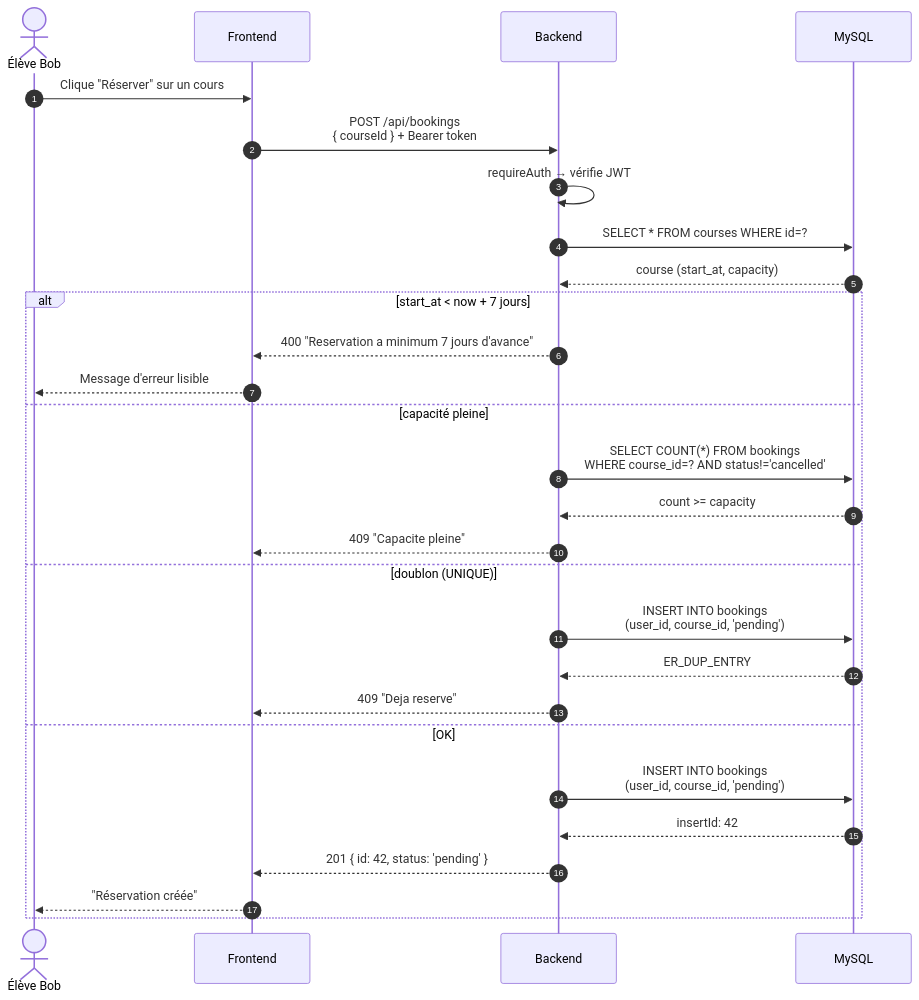
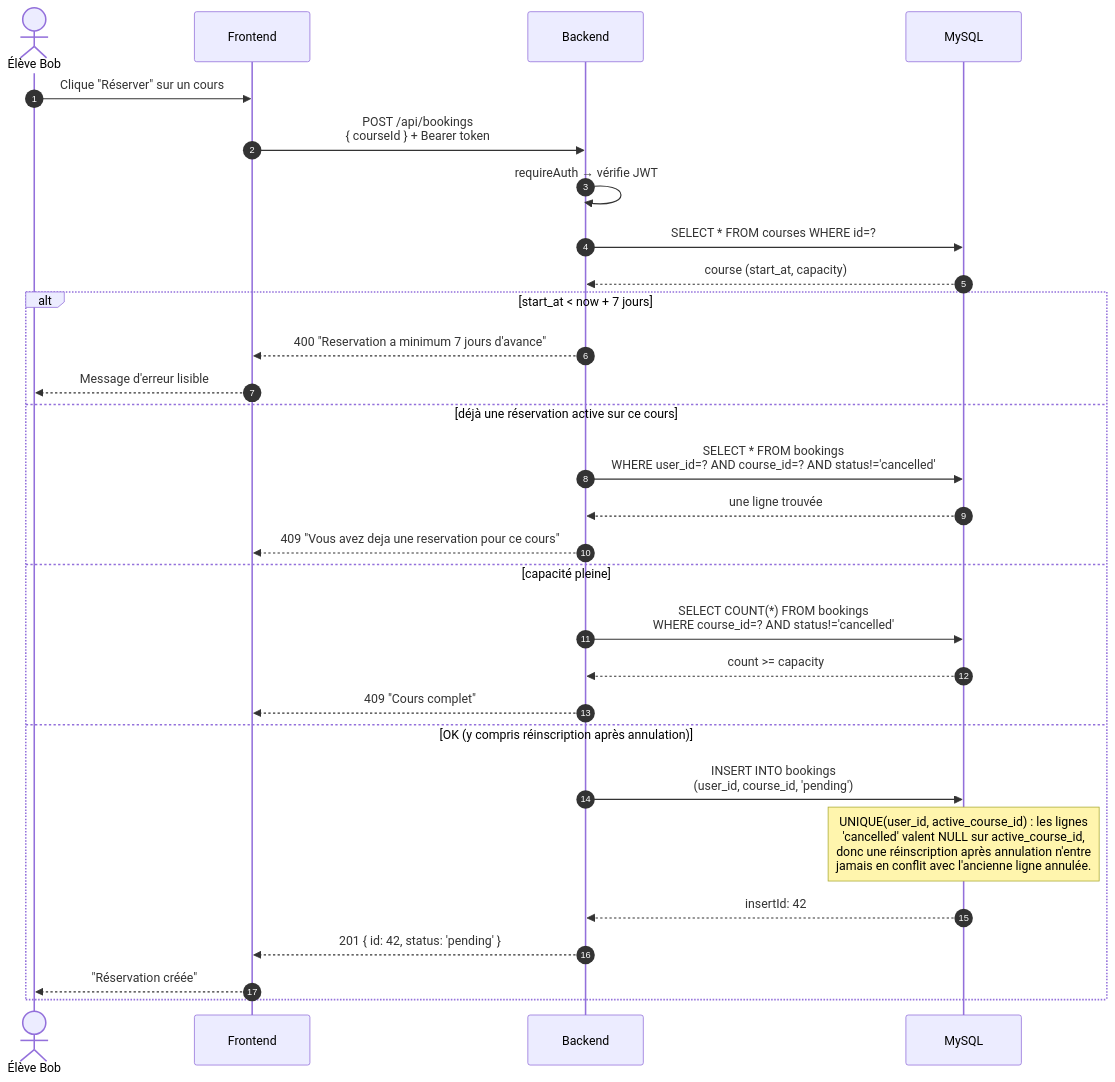
The fourth of 12 diagrams in SCHEMAS.md (daddacameliayasmine-oss/JasmineTeacher-backend), drawn with Mermaid before and after one commit. The commit also changed other lines of this file, not shown here.

First line of the commit message:
docs(schemas): corrige les diagrammes de sequence reservation et paiement

````diff
--- a/SCHEMAS.md
+++ b/SCHEMAS.md
@@ -234,32 +234,33 @@
 ```mermaid
 sequenceDiagram
     autonumber
     actor E as Élève Bob
     participant F as Frontend
     participant B as Backend
     participant DB as MySQL
 
     E->>F: Clique "Réserver" sur un cours
     F->>B: POST /api/bookings<br/>{ courseId } + Bearer token
     B->>B: requireAuth → vérifie JWT
     B->>DB: SELECT * FROM courses WHERE id=?
     DB-->>B: course (start_at, capacity)
 
     alt start_at < now + 7 jours
         B-->>F: 400 "Reservation a minimum 7 jours d'avance"
         F-->>E: Message d'erreur lisible
+    else déjà une réservation active sur ce cours
+        B->>DB: SELECT * FROM bookings<br/>WHERE user_id=? AND course_id=? AND status!='cancelled'
+        DB-->>B: une ligne trouvée
+        B-->>F: 409 "Vous avez deja une reservation pour ce cours"
     else capacité pleine
         B->>DB: SELECT COUNT(*) FROM bookings<br/>WHERE course_id=? AND status!='cancelled'
         DB-->>B: count >= capacity
-        B-->>F: 409 "Capacite pleine"
-    else doublon (UNIQUE)
+        B-->>F: 409 "Cours complet"
+    else OK (y compris réinscription après annulation)
         B->>DB: INSERT INTO bookings<br/>(user_id, course_id, 'pending')
-        DB-->>B: ER_DUP_ENTRY
-        B-->>F: 409 "Deja reserve"
-    else OK
-        B->>DB: INSERT INTO bookings<br/>(user_id, course_id, 'pending')
+        Note over DB: UNIQUE(user_id, active_course_id) : les lignes<br/>'cancelled' valent NULL sur active_course_id,<br/>donc une réinscription après annulation n'entre<br/>jamais en conflit avec l'ancienne ligne annulée.
         DB-->>B: insertId: 42
         B-->>F: 201 { id: 42, status: 'pending' }
         F-->>E: "Réservation créée"
     end
 ```
````
